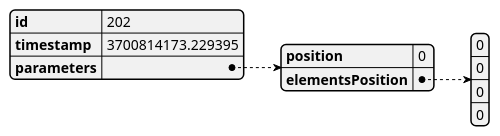
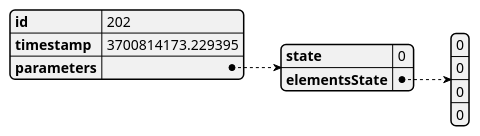
One commit to lsst-ts/ts_tma_tma-documentation_pxi-controller_documentation changed diagram 29 of 46 in 02 CommandsAndEventsManagement/03 Events.md. Above: the diagram before and after it, drawn with PlantUML. The commit also changed other lines of this file, not shown here.

First line of the commit message:
Rename xPosition[s] where x = deployablePlatfform, elevationLockingPin, mirrorCovers, mirrorCoverLocks:

````diff
--- a/02 CommandsAndEventsManagement/03 Events.md
+++ b/02 CommandsAndEventsManagement/03 Events.md
@@ -847,17 +847,17 @@
 ``` plantuml
 @startjson
 {
     "id": 202,
     "timestamp": 3700814173.229395,
     "parameters": {
-        "position": 0,
-        "elementsPosition": [
+        "state": 0,
+        "elementsState": [
             0,
             0,
             0,
             0
         ]
     }
 }
 @endjson
 ```
````
